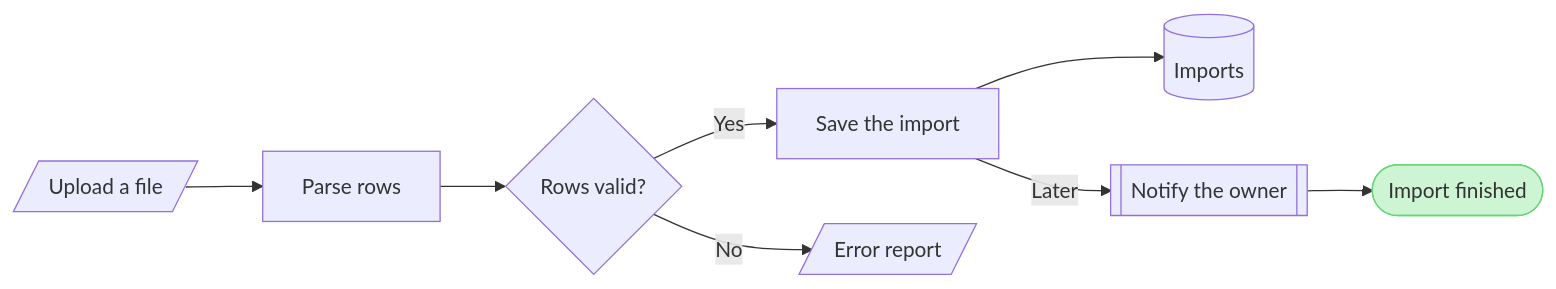
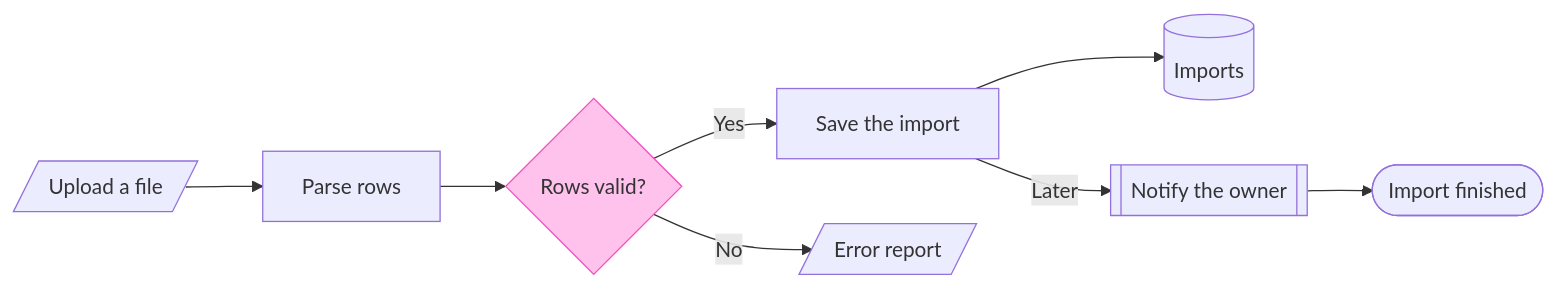
One commit to MichelKerkmeester/product-owner_create-tickets-and-stories changed the third of 3 diagrams in claude project/knowledge/Product Owner - Assets - Flow Templates - Process.md. Above: the diagram before and after it, drawn with Mermaid. The commit also changed other lines of this file and 51 other files, not shown here.

````diff
--- a/claude project/knowledge/Product Owner - Assets - Flow Templates - Process.md
+++ b/claude project/knowledge/Product Owner - Assets - Flow Templates - Process.md
@@ -67,12 +68,13 @@
 ```mermaid
 %% type: process
 flowchart LR
+    %% goal: done
     upload[/Upload a file/] --> parse[Parse rows]
     parse --> valid{Rows valid?}
     valid -->|Yes| save[Save the import]
     valid -->|No| errors[/Error report/]
     save --> store[(Imports)]
     save -->|"Later"| notify[[Notify the owner]]
     notify --> done([Import finished])
-    style done fill:#CDF4D3,stroke:#66D575
+    style valid fill:#FFC2EC,stroke:#F849C1
 ```
````
